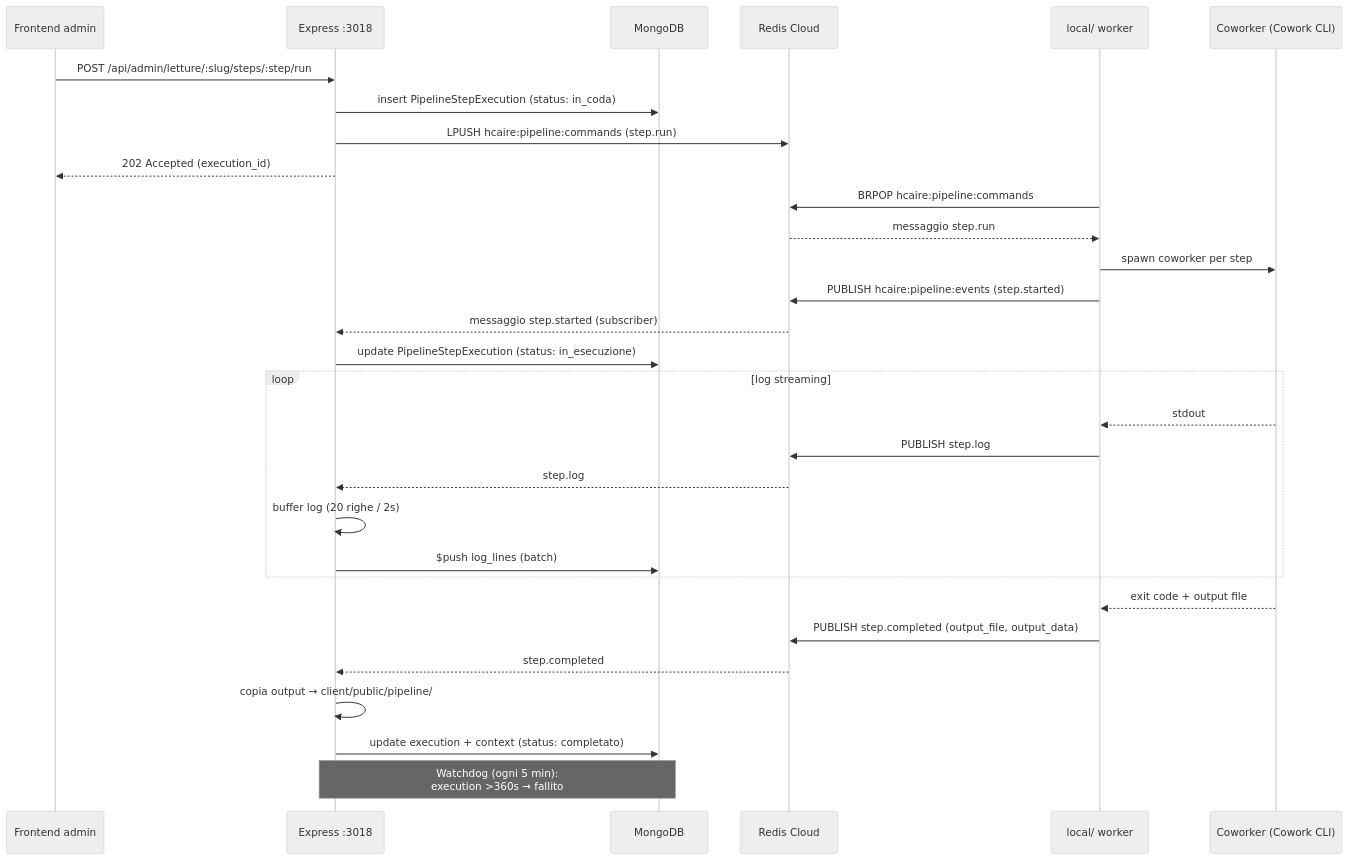
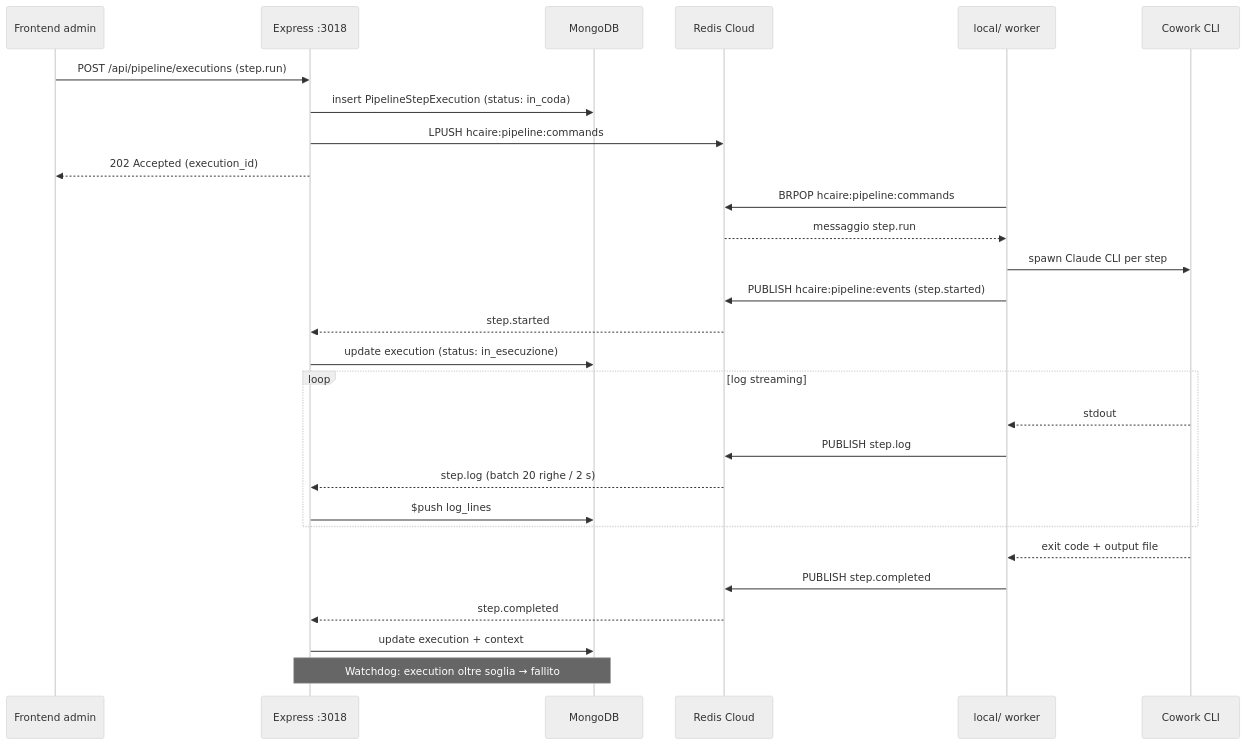
The diagram in docs/10-architecture/backend.md (stfnbssl/hcaire-docs), drawn with Mermaid (neutral theme) before and after one commit. The commit also changed other lines of this file and 46 other files, not shown here.

````diff
--- a/docs/10-architecture/backend.md
+++ b/docs/10-architecture/backend.md
@@ -148,38 +152,36 @@
 ```mermaid
 sequenceDiagram
   participant FE as Frontend admin
   participant API as Express :3018
   participant Mongo as MongoDB
   participant Redis as Redis Cloud
   participant Local as local/ worker
-  participant Cowork as Coworker (Cowork CLI)
+  participant Cowork as Cowork CLI
 
-  FE->>API: POST /api/admin/letture/:slug/steps/:step/run
+  FE->>API: POST /api/pipeline/executions (step.run)
   API->>Mongo: insert PipelineStepExecution (status: in_coda)
-  API->>Redis: LPUSH hcaire:pipeline:commands (step.run)
+  API->>Redis: LPUSH hcaire:pipeline:commands
   API-->>FE: 202 Accepted (execution_id)
 
   Local->>Redis: BRPOP hcaire:pipeline:commands
   Redis-->>Local: messaggio step.run
-  Local->>Cowork: spawn coworker per step
+  Local->>Cowork: spawn Claude CLI per step
   Local->>Redis: PUBLISH hcaire:pipeline:events (step.started)
 
-  Redis-->>API: messaggio step.started (subscriber)
-  API->>Mongo: update PipelineStepExecution (status: in_esecuzione)
+  Redis-->>API: step.started
+  API->>Mongo: update execution (status: in_esecuzione)
 
   loop log streaming
     Cowork-->>Local: stdout
     Local->>Redis: PUBLISH step.log
-    Redis-->>API: step.log
-    API->>API: buffer log (20 righe / 2s)
-    API->>Mongo: $push log_lines (batch)
+    Redis-->>API: step.log (batch 20 righe / 2 s)
+    API->>Mongo: $push log_lines
   end
 
   Cowork-->>Local: exit code + output file
-  Local->>Redis: PUBLISH step.completed (output_file, output_data)
+  Local->>Redis: PUBLISH step.completed
   Redis-->>API: step.completed
-  API->>API: copia output → client/public/pipeline/
-  API->>Mongo: update execution + context (status: completato)
+  API->>Mongo: update execution + context
 
-  Note over API,Mongo: Watchdog (ogni 5 min):<br/>execution >360s → fallito
+  Note over API,Mongo: Watchdog: execution oltre soglia → fallito
 ```
````
